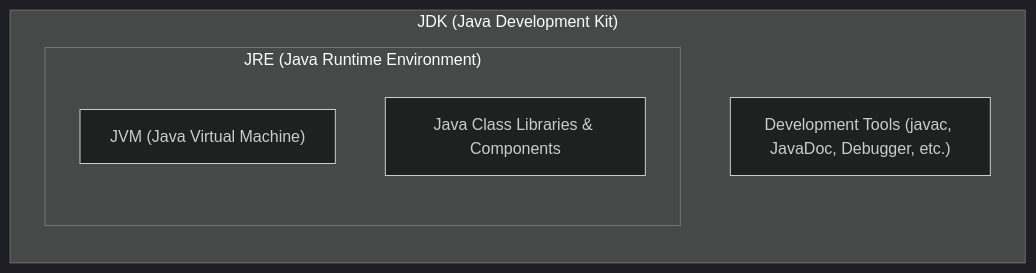
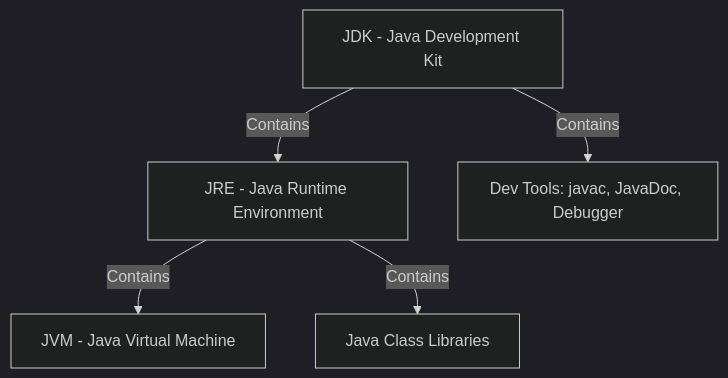
The third of 3 diagrams in markdown/m20was/Java/00_Working of a Java program.md (m20was/Analytics), drawn with Mermaid (dark theme) before and after one commit. The commit also changed other lines of this file, not shown here.

Commit message:
docs: add conceptual guide for Java program execution and IDE shortcuts

````diff
--- a/markdown/m20was/Java/00_Working of a Java program.md
+++ b/markdown/m20was/Java/00_Working of a Java program.md
@@ -55,12 +43,13 @@
 ```mermaid
-flowchart TB
-    subgraph JDK ["JDK (Java Development Kit)"]
-        direction TB
-        subgraph JRE ["JRE (Java Runtime Environment)"]
-            direction TB
-            JVM["JVM (Java Virtual Machine)"]
-            Libraries["Java Class Libraries & Components"]
-        end
-        DevTools["Development Tools (javac, JavaDoc, Debugger, etc.)"]
-    end
+graph TD
+    JDK[JDK - Java Development Kit]
+    JRE[JRE - Java Runtime Environment]
+    JVM[JVM - Java Virtual Machine]
+    Libs[Java Class Libraries]
+    Tools[Dev Tools: javac, JavaDoc, Debugger]
+
+    JDK -->|Contains| JRE
+    JDK -->|Contains| Tools
+    JRE -->|Contains| JVM
+    JRE -->|Contains| Libs
 ```
````
